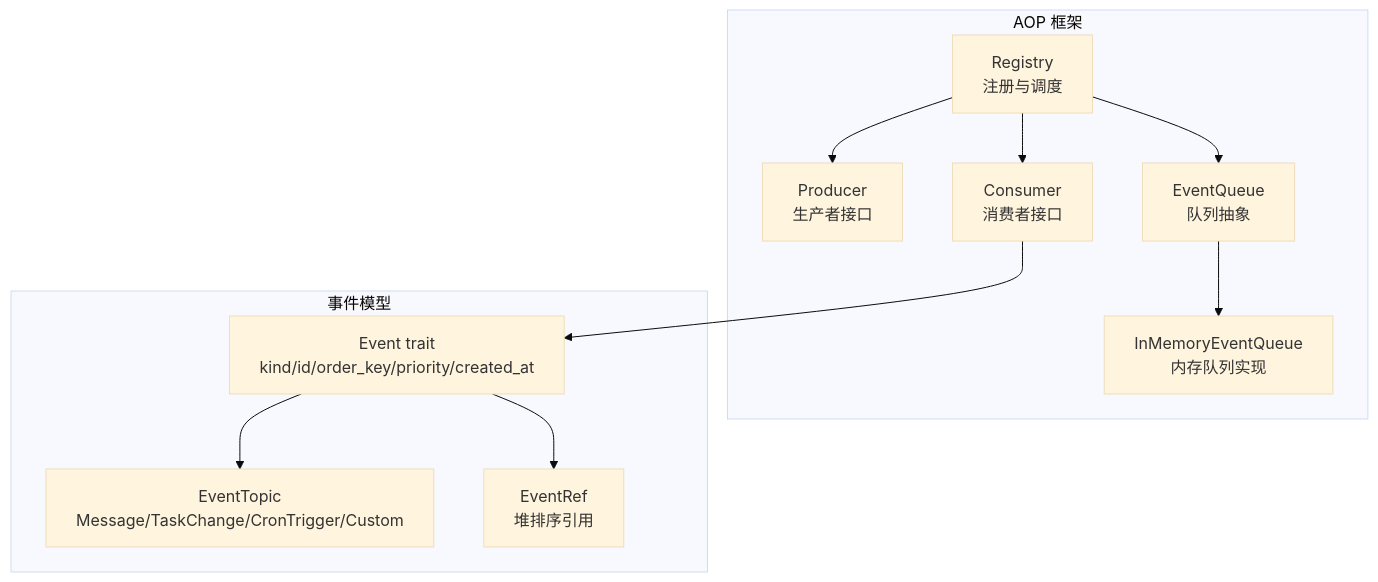
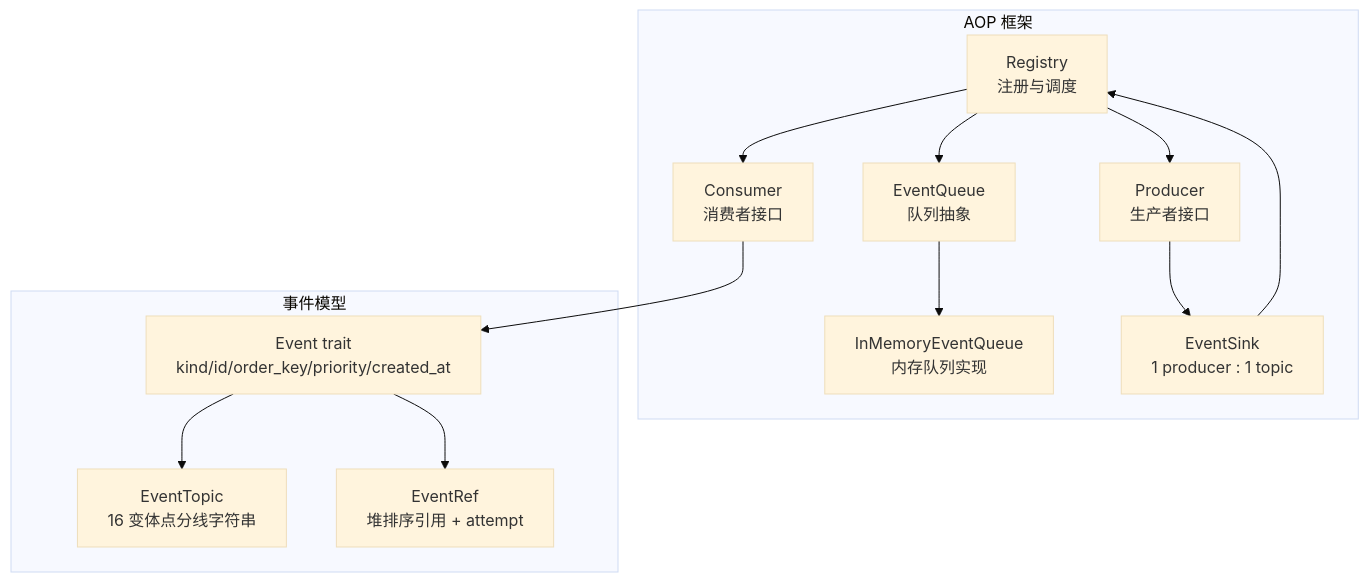
One commit to runningcoders/ai_orz changed the first of 4 diagrams in docs/wiki/zh/content/核心模块/AOP 事件系统/事件队列系统/事件持久化.md. Above: the diagram before and after it, drawn with Mermaid (base theme). The commit also changed other lines of this file and 37 other files, not shown here.

````diff
--- a/docs/wiki/zh/content/核心模块/AOP 事件系统/事件队列系统/事件持久化.md
+++ b/docs/wiki/zh/content/核心模块/AOP 事件系统/事件队列系统/事件持久化.md
@@ -42,22 +50,25 @@
 ```mermaid
 graph TB
 subgraph "AOP 框架"
 REG["Registry<br/>注册与调度"]
 PROD["Producer<br/>生产者接口"]
 CONS["Consumer<br/>消费者接口"]
 QIF["EventQueue<br/>队列抽象"]
 IMQ["InMemoryEventQueue<br/>内存队列实现"]
+ES["EventSink<br/>1 producer : 1 topic"]
 end
 subgraph "事件模型"
 ETYPE["Event trait<br/>kind/id/order_key/priority/created_at"]
-TOPIC["EventTopic<br/>Message/TaskChange/CronTrigger/Custom"]
-EREF["EventRef<br/>堆排序引用"]
+TOPIC["EventTopic<br/>16 变体点分线字符串"]
+EREF["EventRef<br/>堆排序引用 + attempt"]
 end
 REG --> PROD
 REG --> CONS
 REG --> QIF
 QIF --> IMQ
+PROD --> ES
+ES --> REG
 CONS --> ETYPE
 ETYPE --> TOPIC
 ETYPE --> EREF
 ```
````
